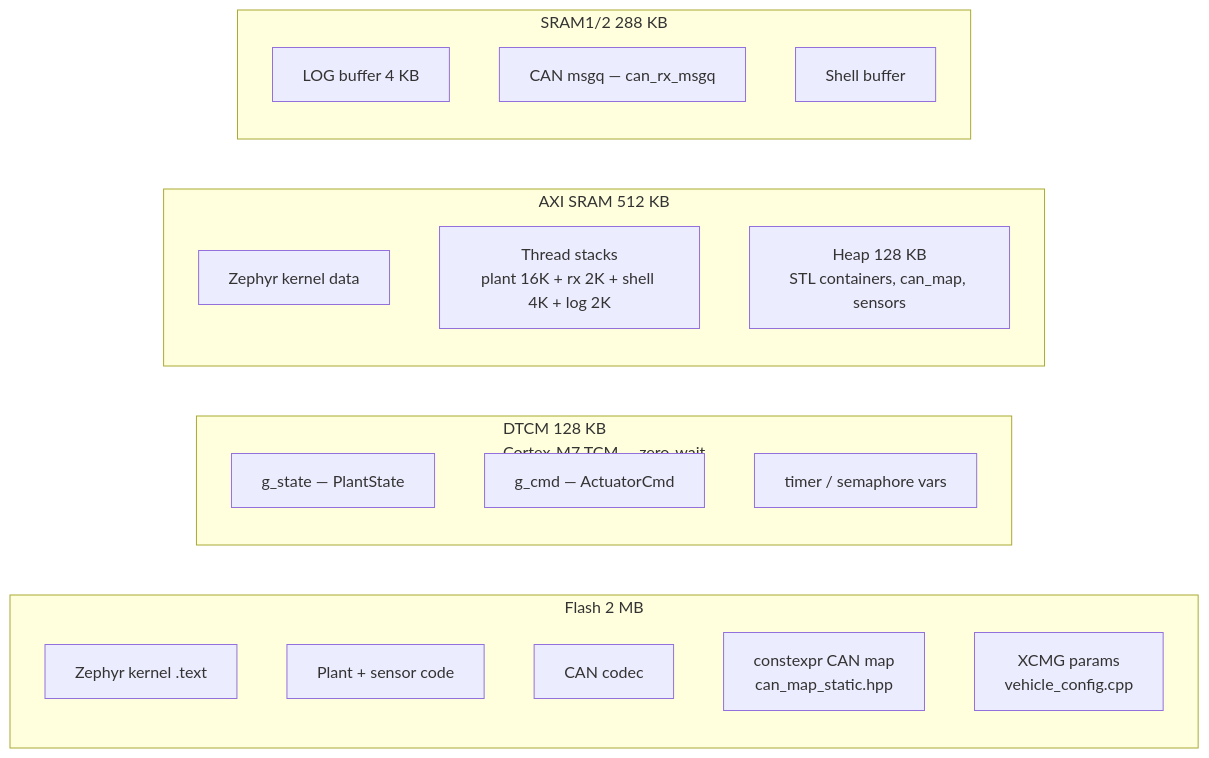
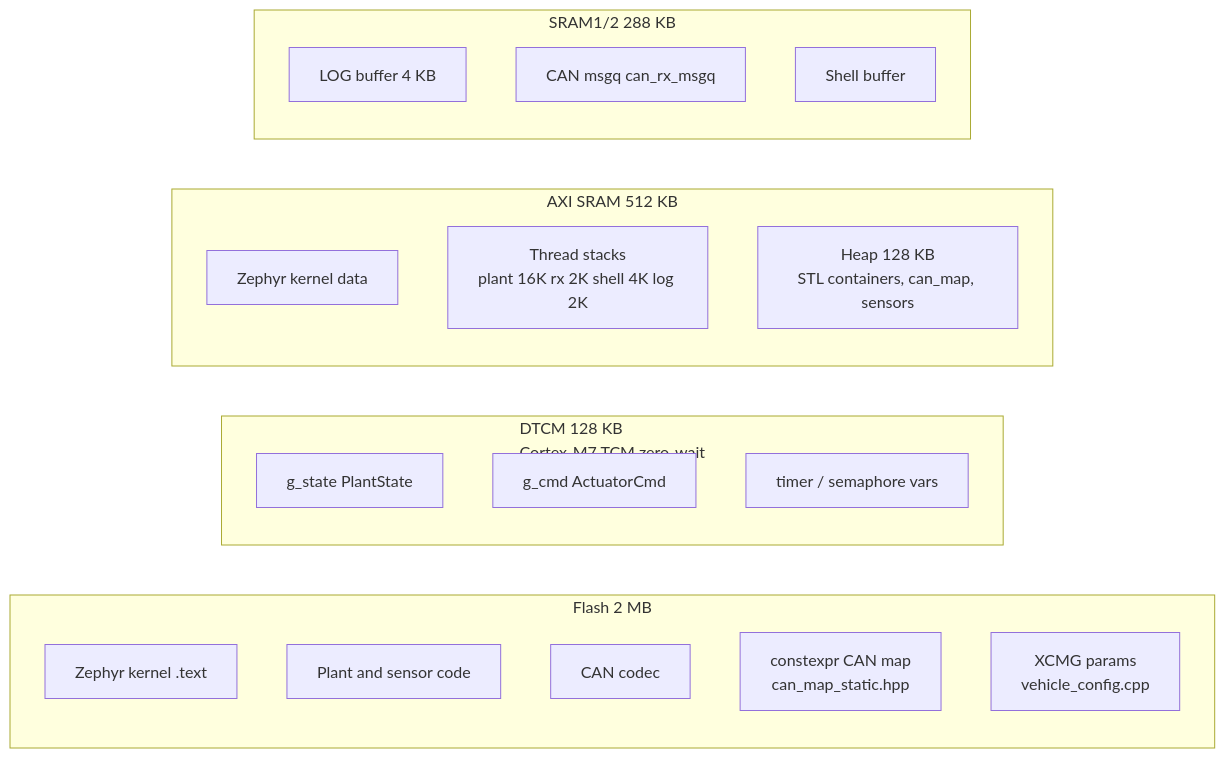
The seventh of 8 diagrams in docs/ZEPHYR_PORT.md (mtilocca/vehicle-Dynamics-Sim-Can), drawn with Mermaid before and after one commit. The commit also changed other lines of this file and 5 other files, not shown here.

````diff
--- a/docs/ZEPHYR_PORT.md
+++ b/docs/ZEPHYR_PORT.md
@@ -512,28 +527,28 @@
 ```mermaid
 graph LR
     subgraph FLASH["Flash 2 MB"]
         F1["Zephyr kernel .text"]
-        F2["Plant + sensor code"]
+        F2["Plant and sensor code"]
         F3["CAN codec"]
         F4["constexpr CAN map\ncan_map_static.hpp"]
         F5["XCMG params\nvehicle_config.cpp"]
     end
 
-    subgraph DTCM["DTCM 128 KB\nCortex-M7 TCM — zero-wait"]
-        D1["g_state — PlantState"]
-        D2["g_cmd — ActuatorCmd"]
+    subgraph DTCM["DTCM 128 KB\nCortex-M7 TCM zero-wait"]
+        D1["g_state PlantState"]
+        D2["g_cmd ActuatorCmd"]
         D3["timer / semaphore vars"]
     end
 
     subgraph AXI["AXI SRAM 512 KB"]
         A1["Zephyr kernel data"]
-        A2["Thread stacks\nplant 16K + rx 2K + shell 4K + log 2K"]
+        A2["Thread stacks\nplant 16K rx 2K shell 4K log 2K"]
         A3["Heap 128 KB\nSTL containers, can_map, sensors"]
     end
 
     subgraph SRAM12["SRAM1/2 288 KB"]
         S1["LOG buffer 4 KB"]
-        S2["CAN msgq — can_rx_msgq"]
+        S2["CAN msgq can_rx_msgq"]
         S3["Shell buffer"]
     end
 ```
````
